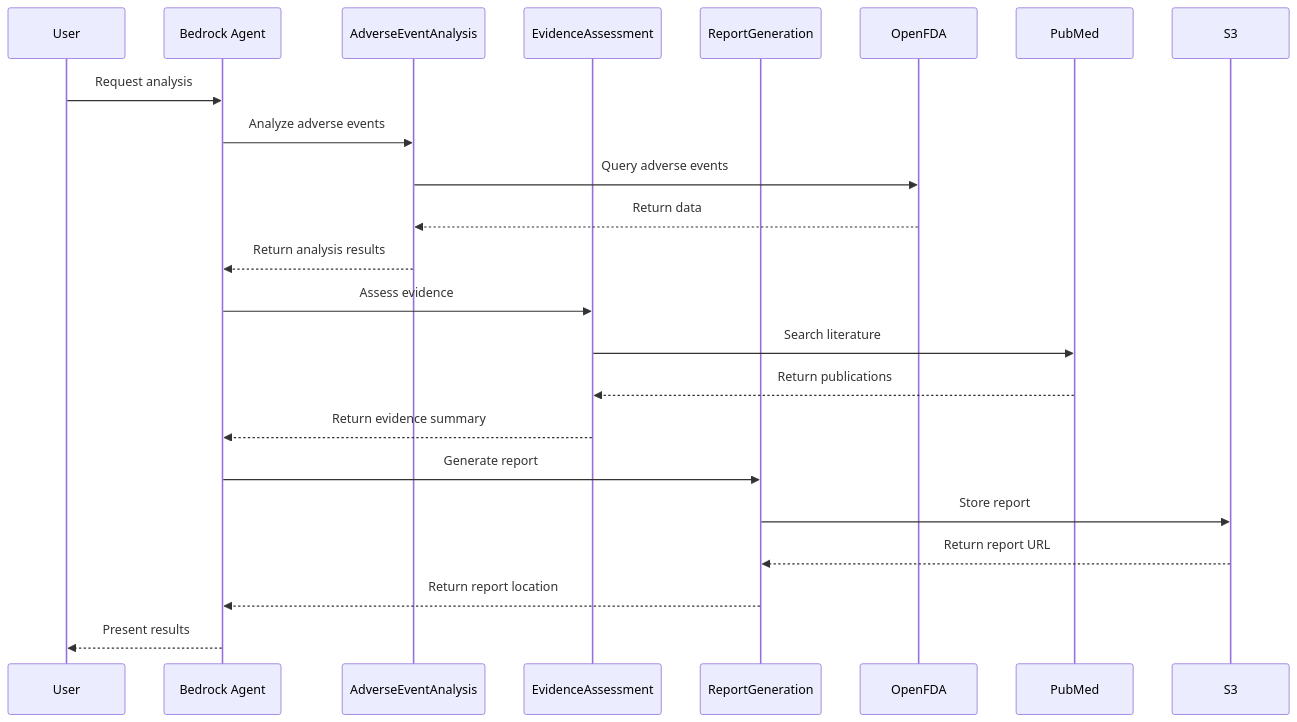
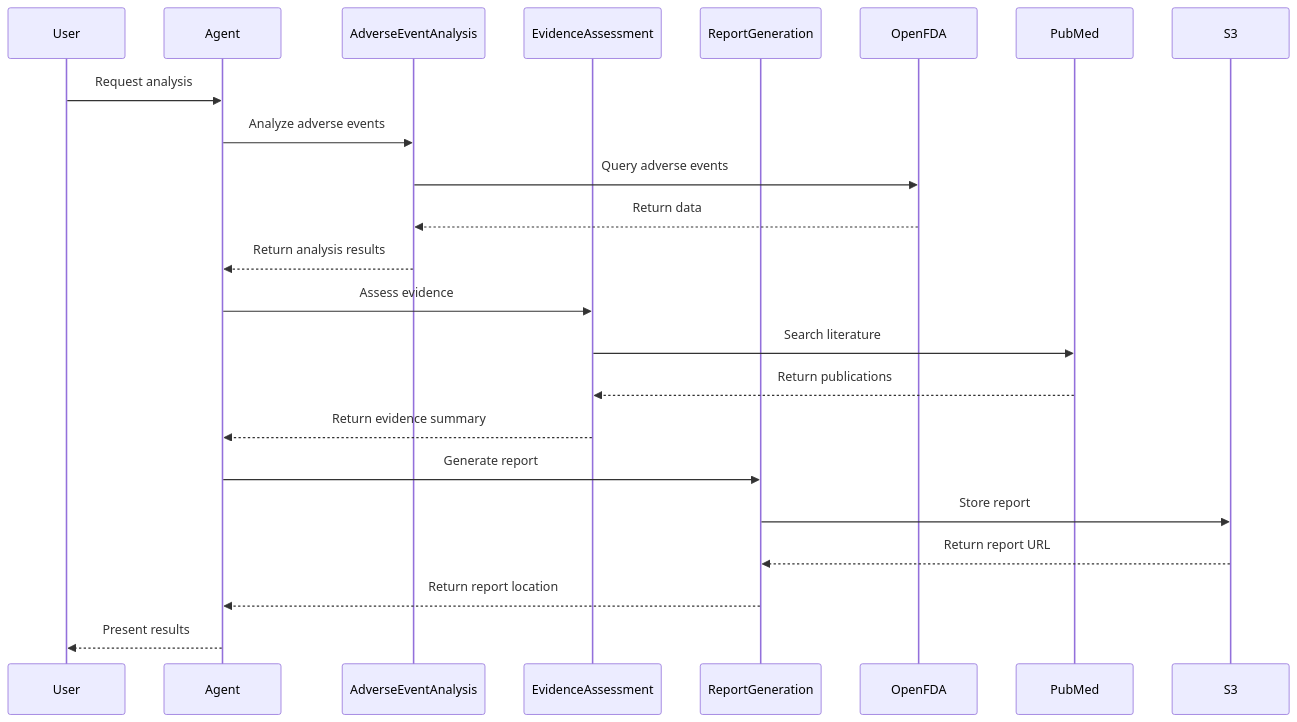
One commit to ryohei8227/bedrock-hcls-tokyo2 changed the diagram in agents_catalog/22-Safety-Signal-Detection-Agent/design.md. Above: the diagram before and after it, drawn with Mermaid. The commit also changed other lines of this file and 77 other files, not shown here.

````diff
--- a/agents_catalog/22-Safety-Signal-Detection-Agent/design.md
+++ b/agents_catalog/22-Safety-Signal-Detection-Agent/design.md
@@ -32,28 +32,28 @@
 ```mermaid
 sequenceDiagram
     participant User
-    participant Agent as Bedrock Agent
+    participant Agent as Agent
     participant AEA as AdverseEventAnalysis
     participant EA as EvidenceAssessment
     participant RG as ReportGeneration
     participant OpenFDA
     participant PubMed
     participant S3
 
     User->>Agent: Request analysis
     Agent->>AEA: Analyze adverse events
     AEA->>OpenFDA: Query adverse events
     OpenFDA-->>AEA: Return data
     AEA-->>Agent: Return analysis results
     
     Agent->>EA: Assess evidence
     EA->>PubMed: Search literature
     PubMed-->>EA: Return publications
     EA-->>Agent: Return evidence summary
     
     Agent->>RG: Generate report
     RG->>S3: Store report
     S3-->>RG: Return report URL
     RG-->>Agent: Return report location
     Agent-->>User: Present results
 ```
````
